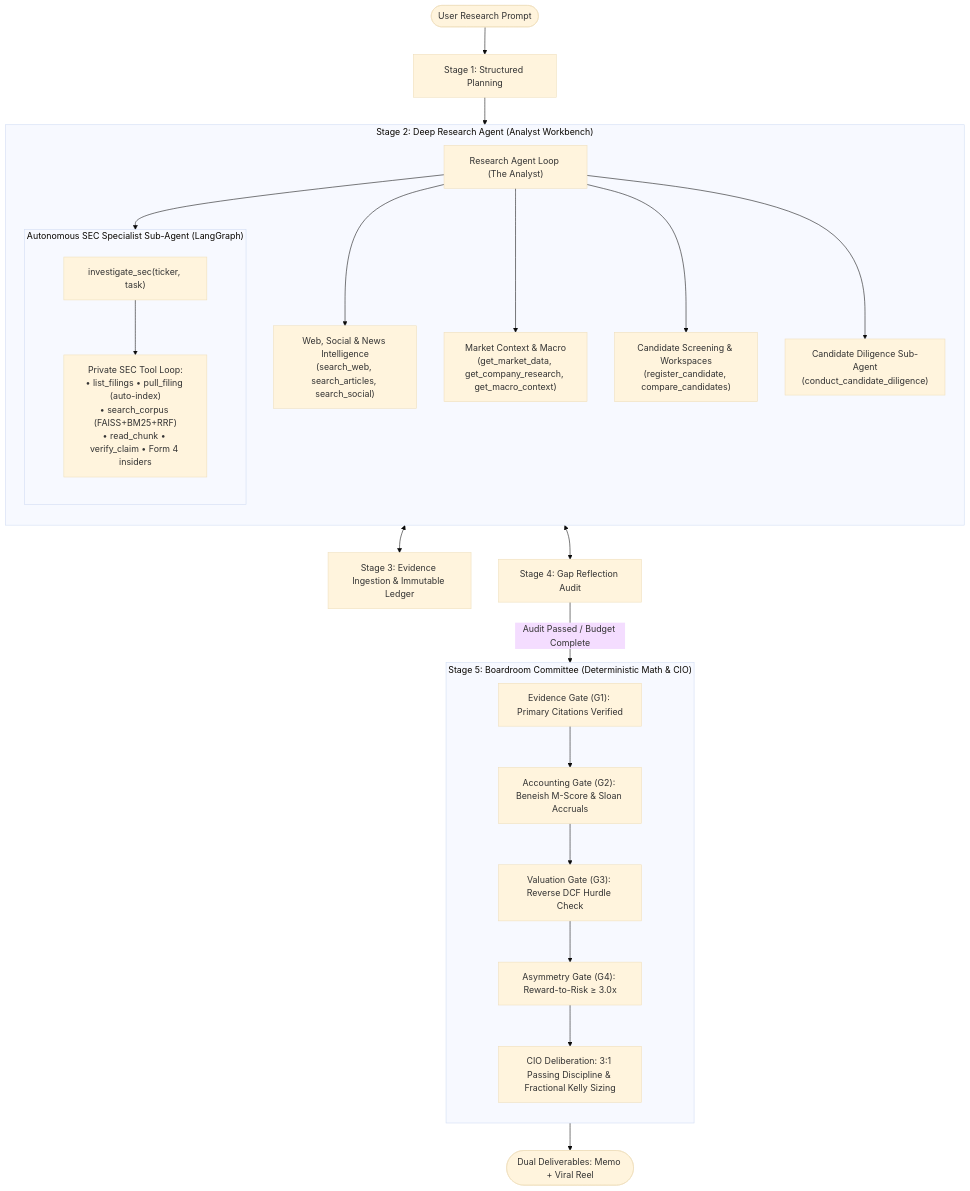
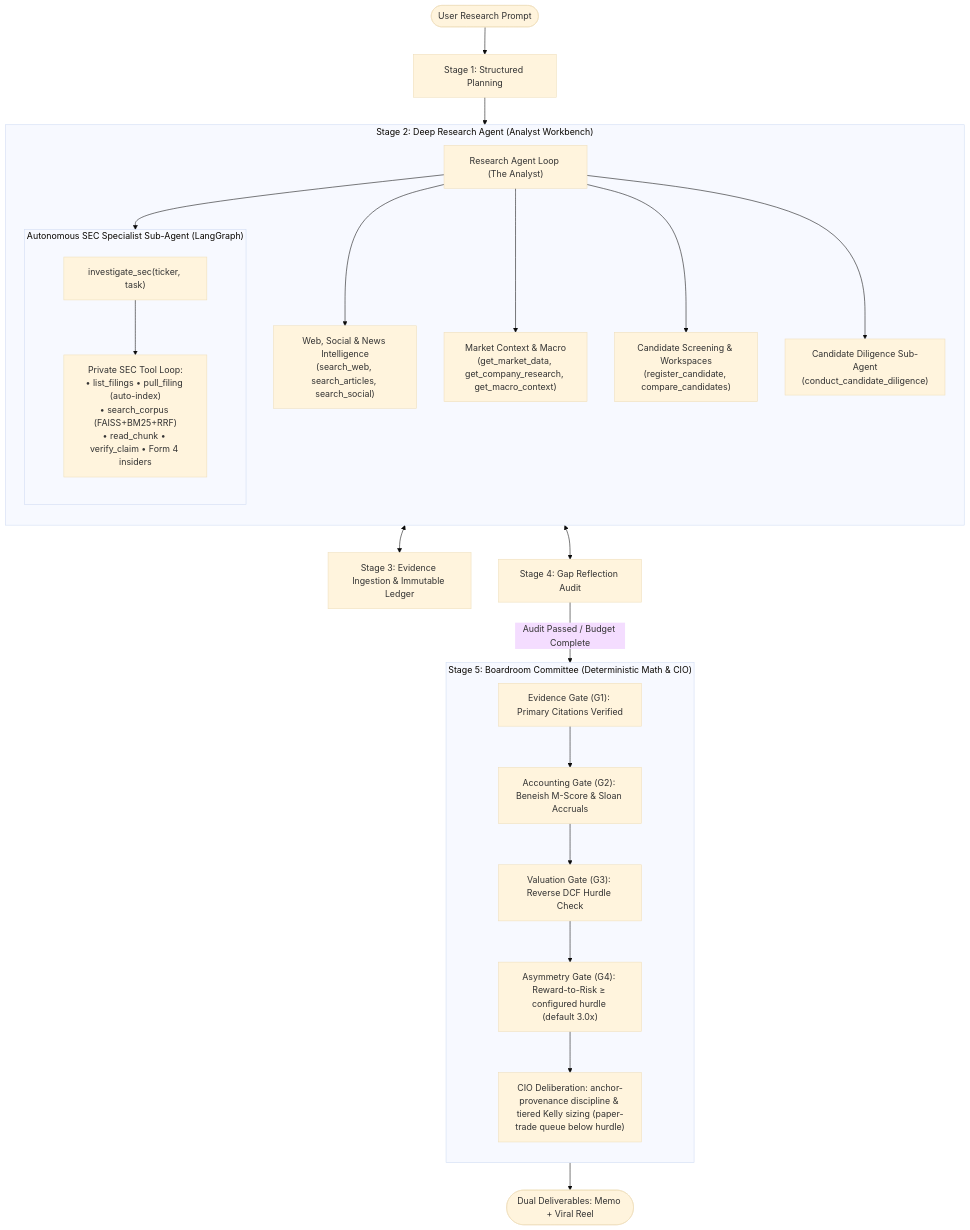
One commit to Unheat/memeTrading changed the diagram in README.md. Above: the diagram before and after it, drawn with Mermaid (base theme). The commit also changed 3 other files, not shown here.

First line of the commit message:
docs: sync architecture docs with audit-fix overhaul

````diff
--- a/README.md
+++ b/README.md
@@ -114,44 +114,44 @@
 ```mermaid
 flowchart TD
     START([User Research Prompt]) --> S1[Stage 1: Structured Planning]
     S1 --> S2[Stage 2: Deep Research Agent Loop]
 
     subgraph S2["Stage 2: Deep Research Agent (Analyst Workbench)"]
         direction TB
         EXEC["Research Agent Loop (The Analyst)"]
         
         T_DISC["Web, Social & News Intelligence<br/>(search_web, search_articles, search_social)"]
         T_MKT["Market Context & Macro<br/>(get_market_data, get_company_research, get_macro_context)"]
         T_CAND["Candidate Screening & Workspaces<br/>(register_candidate, compare_candidates)"]
         T_DIL["Candidate Diligence Sub-Agent<br/>(conduct_candidate_diligence)"]
 
         subgraph SEC_SPECIALIST["Autonomous SEC Specialist Sub-Agent (LangGraph)"]
             direction TB
             sec_entry["investigate_sec(ticker, task)"]
             sec_tools["Private SEC Tool Loop:<br/>• list_filings • pull_filing (auto-index)<br/>• search_corpus (FAISS+BM25+RRF)<br/>• read_chunk • verify_claim • Form 4 insiders"]
             sec_entry --> sec_tools
         end
 
         EXEC --> T_DISC
         EXEC --> T_MKT
         EXEC --> T_CAND
         EXEC --> T_DIL
         EXEC --> sec_entry
     end
 
     S2 <--> S3[Stage 3: Evidence Ingestion & Immutable Ledger]
     S2 <--> S4[Stage 4: Gap Reflection Audit]
     S4 -->|Audit Passed / Budget Complete| S5[Stage 5: Committee Boardroom Gates]
 
     subgraph S5["Stage 5: Boardroom Committee (Deterministic Math & CIO)"]
         direction TB
         G1["Evidence Gate (G1): Primary Citations Verified"]
         G2["Accounting Gate (G2): Beneish M-Score & Sloan Accruals"]
         G3["Valuation Gate (G3): Reverse DCF Hurdle Check"]
-        G4["Asymmetry Gate (G4): Reward-to-Risk ≥ 3.0x"]
-        CIO["CIO Deliberation: 3:1 Passing Discipline & Fractional Kelly Sizing"]
+        G4["Asymmetry Gate (G4): Reward-to-Risk ≥ configured hurdle (default 3.0x)"]
+        CIO["CIO Deliberation: anchor-provenance discipline & tiered Kelly sizing (paper-trade queue below hurdle)"]
         G1 --> G2 --> G3 --> G4 --> CIO
     end
 
     S5 --> END([Dual Deliverables: Memo + Viral Reel])
 ```
````
